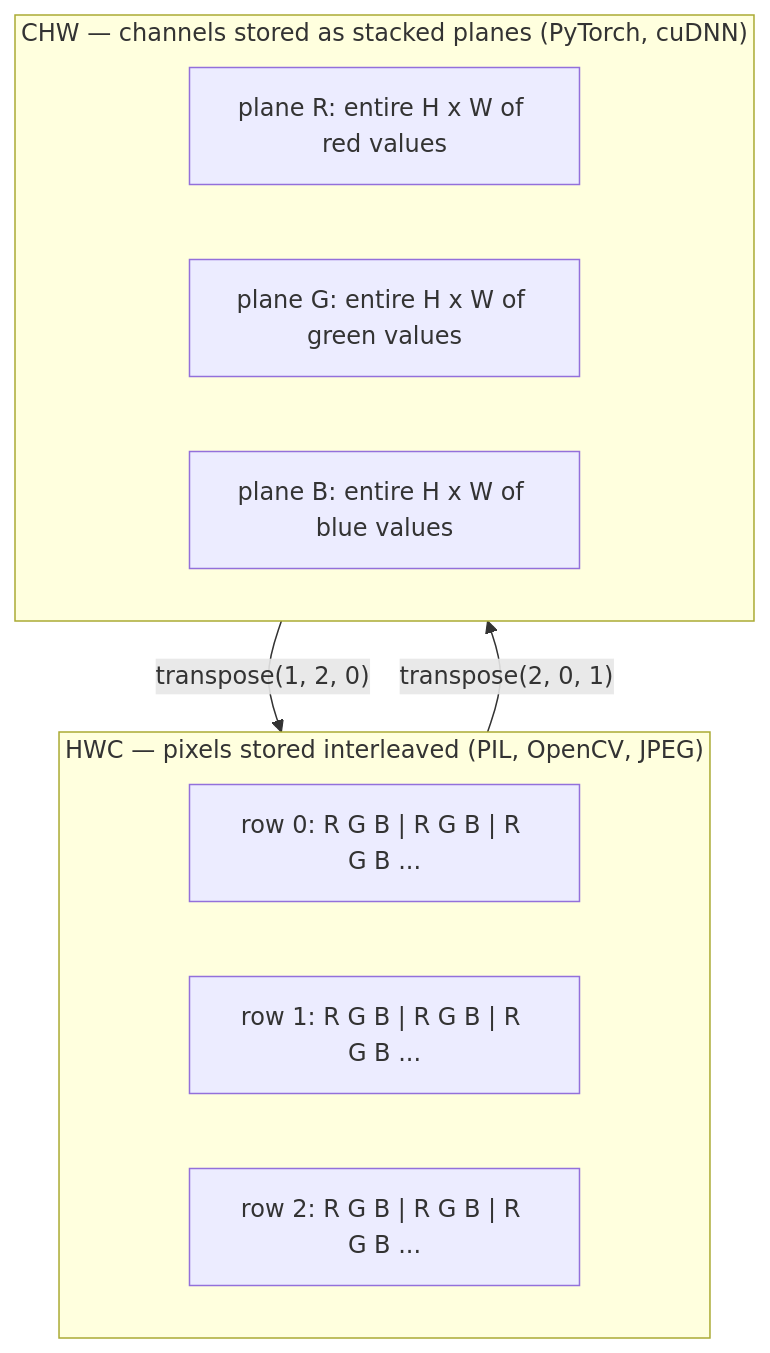
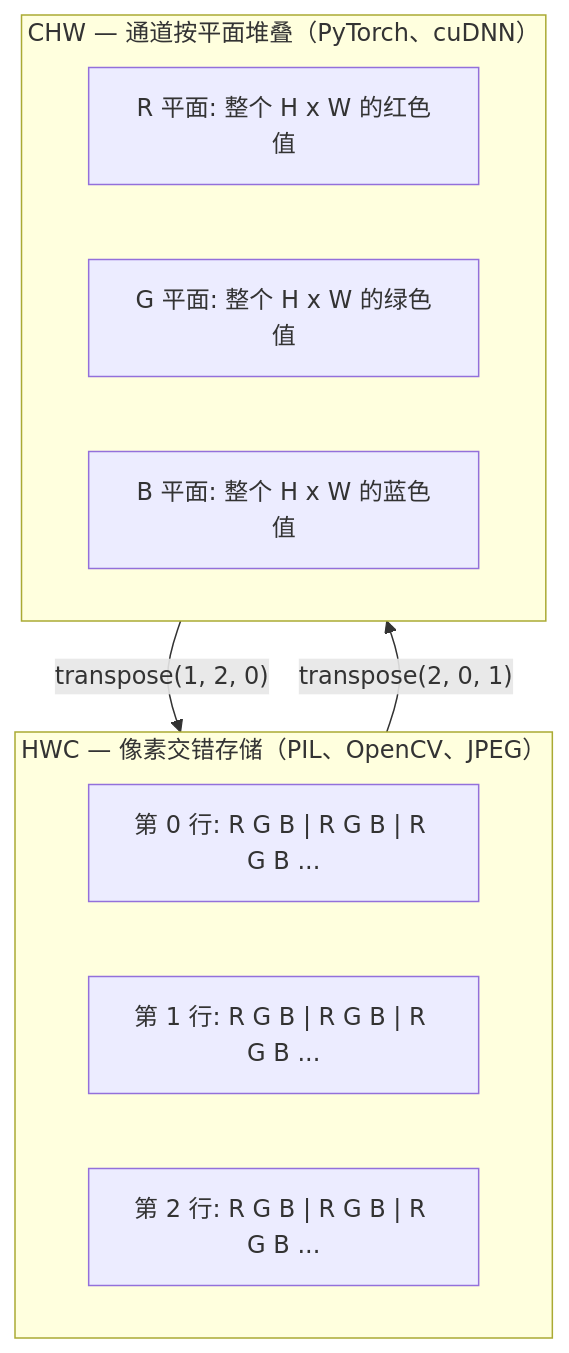
One commit to ZhimingXUXJTU/ai-engineering-from-scratch changed the second of 2 diagrams in phases/04-computer-vision/01-image-fundamentals/docs/zh.md. Above: the diagram before and after it, drawn with Mermaid. The commit also changed other lines of this file and 58 other files, not shown here.

````diff
--- a/phases/04-computer-vision/01-image-fundamentals/docs/zh.md
+++ b/phases/04-computer-vision/01-image-fundamentals/docs/zh.md
@@ -143,15 +135,15 @@
 ```mermaid
 flowchart TB
-    subgraph HWC["HWC — pixels stored interleaved (PIL, OpenCV, JPEG)"]
-        H1["row 0: R G B | R G B | R G B ..."]
-        H2["row 1: R G B | R G B | R G B ..."]
-        H3["row 2: R G B | R G B | R G B ..."]
+    subgraph HWC["HWC — 像素交错存储（PIL、OpenCV、JPEG）"]
+        H1["第 0 行: R G B | R G B | R G B ..."]
+        H2["第 1 行: R G B | R G B | R G B ..."]
+        H3["第 2 行: R G B | R G B | R G B ..."]
     end
-    subgraph CHW["CHW — channels stored as stacked planes (PyTorch, cuDNN)"]
-        C1["plane R: entire H x W of red values"]
-        C2["plane G: entire H x W of green values"]
-        C3["plane B: entire H x W of blue values"]
+    subgraph CHW["CHW — 通道按平面堆叠（PyTorch、cuDNN）"]
+        C1["R 平面: 整个 H x W 的红色值"]
+        C2["G 平面: 整个 H x W 的绿色值"]
+        C3["B 平面: 整个 H x W 的蓝色值"]
     end
     HWC -->|"transpose(2, 0, 1)"| CHW
     CHW -->|"transpose(1, 2, 0)"| HWC
 ```
````
